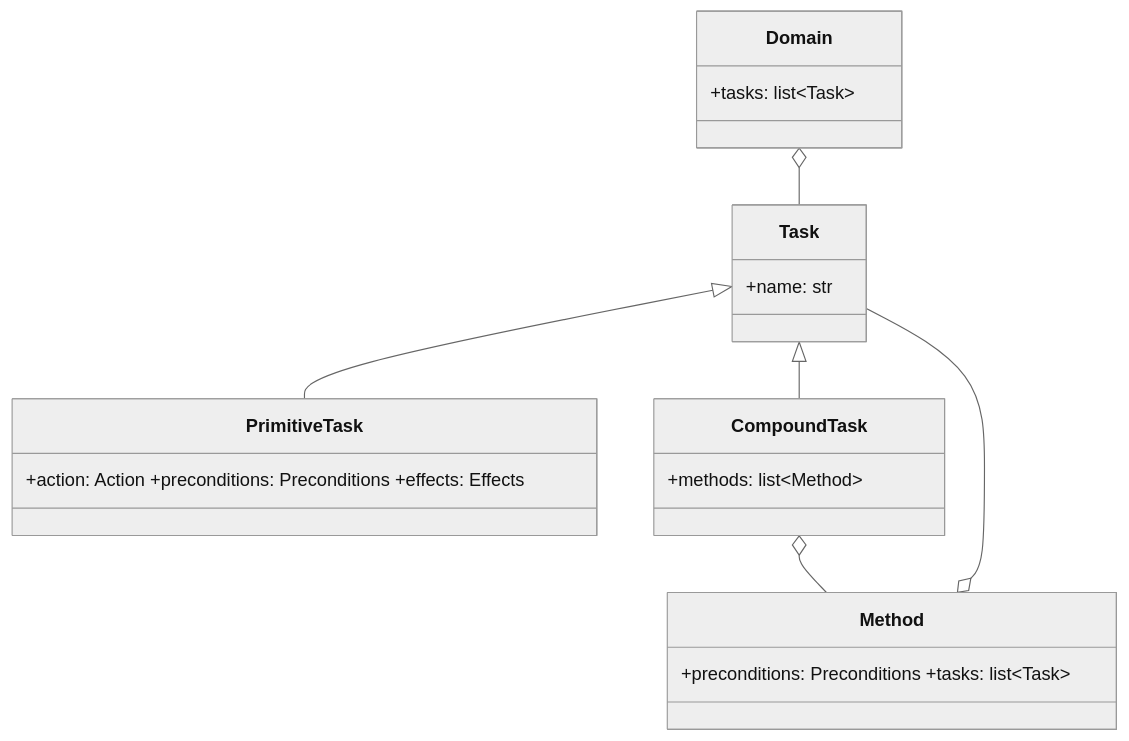
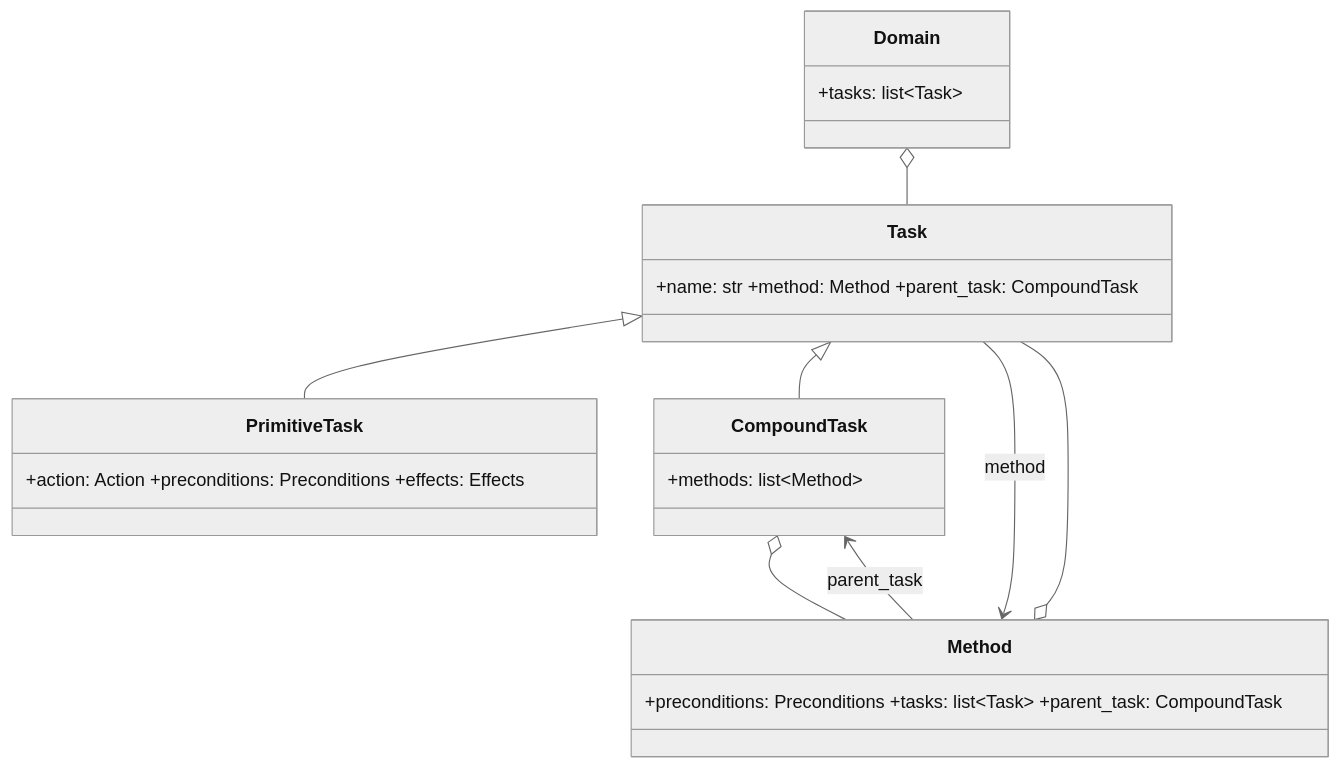
Before and after one commit to AndersonGACFilho/htn-morl-agent: the diagram in docs/framework/model.md, drawn with Mermaid (neutral theme). The commit also changed other lines of this file and 2 other files, not shown here.

````diff
--- a/docs/framework/model.md
+++ b/docs/framework/model.md
@@ -16,13 +16,15 @@
 ```mermaid
 classDiagram
-    class Task { +name: str }
+    class Task { +name: str +method: Method +parent_task: CompoundTask }
     class PrimitiveTask { +action: Action +preconditions: Preconditions +effects: Effects }
     class CompoundTask { +methods: list~Method~ }
-    class Method { +preconditions: Preconditions +tasks: list~Task~ }
+    class Method { +preconditions: Preconditions +tasks: list~Task~ +parent_task: CompoundTask }
     class Domain { +tasks: list~Task~ }
     Task <|-- PrimitiveTask
     Task <|-- CompoundTask
     CompoundTask o-- Method
     Method o-- Task
+    Task --> Method: method
+    Method --> CompoundTask: parent_task
     Domain o-- Task
 ```
````
